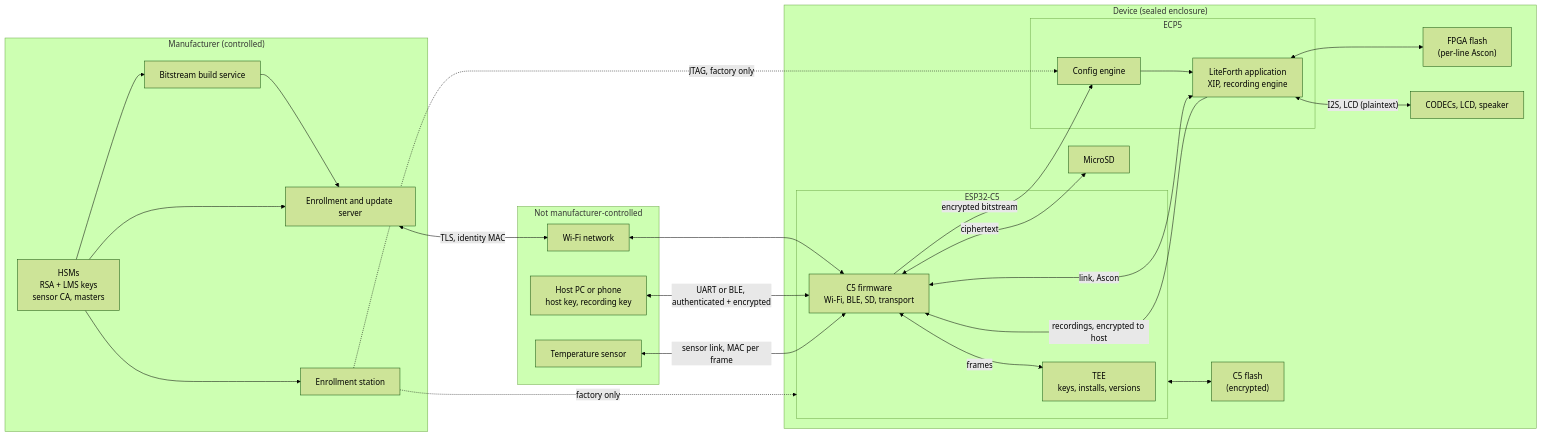
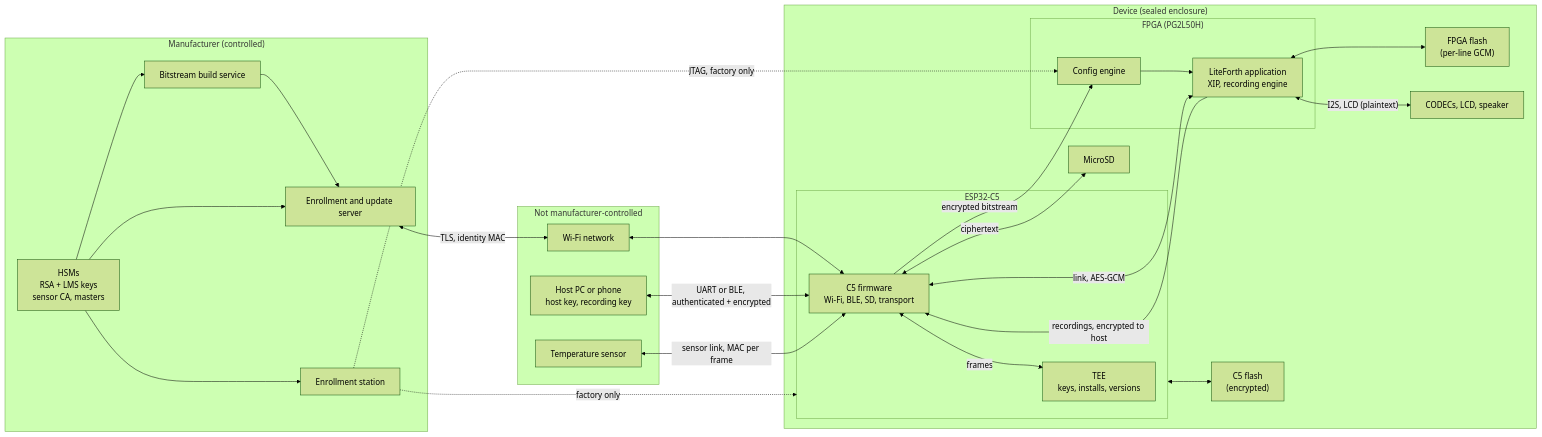
The diagram in doc/fda.md (bradleyeckert/thriller), drawn with Mermaid (forest theme) before and after one commit. The commit also changed other lines of this file and 15 other files, not shown here.

First line of the commit message:
Make the Pango Logos2 PG2L50H the current FPGA and return to AES-256 in its hard AES block

````diff
--- a/doc/fda.md
+++ b/doc/fda.md
@@ -55,44 +55,44 @@
 ```mermaid
 flowchart LR
   subgraph MFR["Manufacturer (controlled)"]
     HSM["HSMs<br/>RSA + LMS keys<br/>sensor CA, masters"]
     BLD["Bitstream build service"]
     SRV["Enrollment and update server"]
     MFG["Enrollment station"]
   end
   subgraph EXT["Not manufacturer-controlled"]
     HOST["Host PC or phone<br/>host key, recording key"]
     SENS["Temperature sensor"]
     NET["Wi-Fi network"]
   end
   subgraph DEV["Device (sealed enclosure)"]
     subgraph C5["ESP32-C5"]
       TEE["TEE<br/>keys, installs, versions"]
       FW["C5 firmware<br/>Wi-Fi, BLE, SD, transport"]
     end
-    subgraph FPGA["ECP5"]
+    subgraph FPGA["FPGA (PG2L50H)"]
       CFG["Config engine"]
       APP["LiteForth application<br/>XIP, recording engine"]
     end
     CFL["C5 flash<br/>(encrypted)"]
-    FFL["FPGA flash<br/>(per-line Ascon)"]
+    FFL["FPGA flash<br/>(per-line GCM)"]
     SD["MicroSD"]
     COD["CODECs, LCD, speaker"]
   end
   HSM --> BLD --> SRV
   HSM --> SRV
   HSM --> MFG
   SRV <-->|"TLS, identity MAC"| NET <--> FW
   HOST <-->|"UART or BLE, authenticated + encrypted"| FW
   SENS <-->|"sensor link, MAC per frame"| FW
   FW <-->|"frames"| TEE
   MFG -.->|"factory only"| C5
   MFG -.->|"JTAG, factory only"| CFG
   C5 <--> CFL
   FW -->|"encrypted bitstream"| CFG --> APP
-  FW <-->|"link, Ascon"| APP
+  FW <-->|"link, AES-GCM"| APP
   APP -->|"recordings, encrypted to host"| FW
   APP <--> FFL
   APP <-->|"I2S, LCD (plaintext)"| COD
   FW <-->|"ciphertext"| SD
 ```
````
